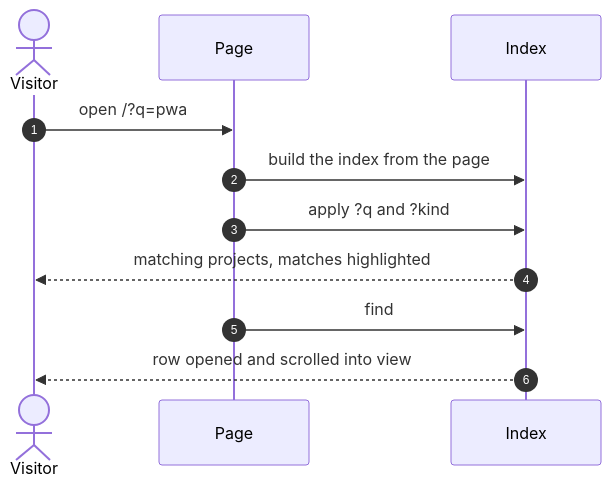
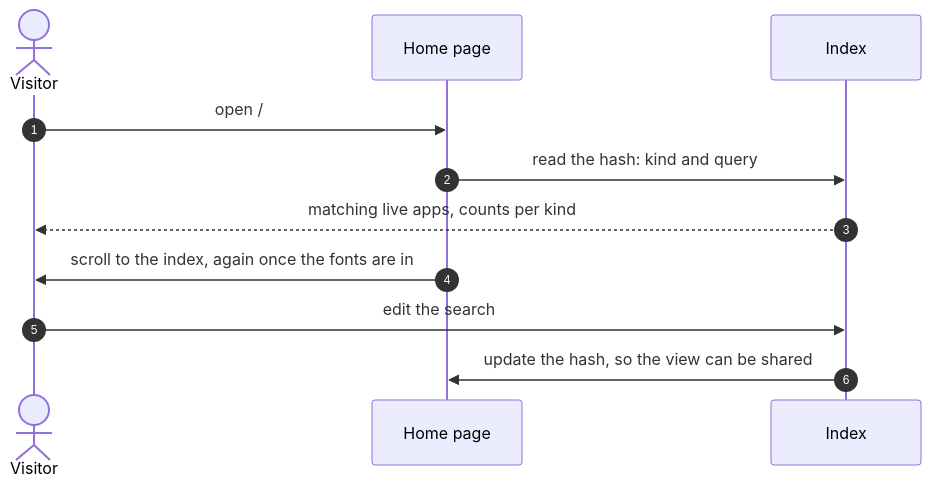
Before and after one commit to pero-grubac/pero-grubac.github.io: the second of 2 diagrams in README.md, drawn with Mermaid. The commit also changed other lines of this file and 4 other files, not shown here.

First line of the commit message:
Phase 6 prep: the Journal scrollbar on the diagram frame, a README for the new site

````diff
--- a/README.md
+++ b/README.md
@@ -231,14 +229,14 @@
 ```mermaid
 sequenceDiagram
     autonumber
     actor U as Visitor
-    participant P as Page
+    participant P as Home page
     participant I as Index
 
-    U->>P: open /?q=pwa#countdown
-    P->>I: build the index from the page
-    P->>I: apply ?q and ?kind
-    I-->>U: matching projects, matches highlighted
-    P->>I: find #countdown
-    I-->>U: row opened and scrolled into view
+    U->>P: open /#projects?kind=live&q=react
+    P->>I: read the hash: kind and query
+    I-->>U: matching live apps, counts per kind
+    P->>U: scroll to the index, again once the fonts are in
+    U->>I: edit the search
+    I->>P: update the hash, so the view can be shared
 ```
````
